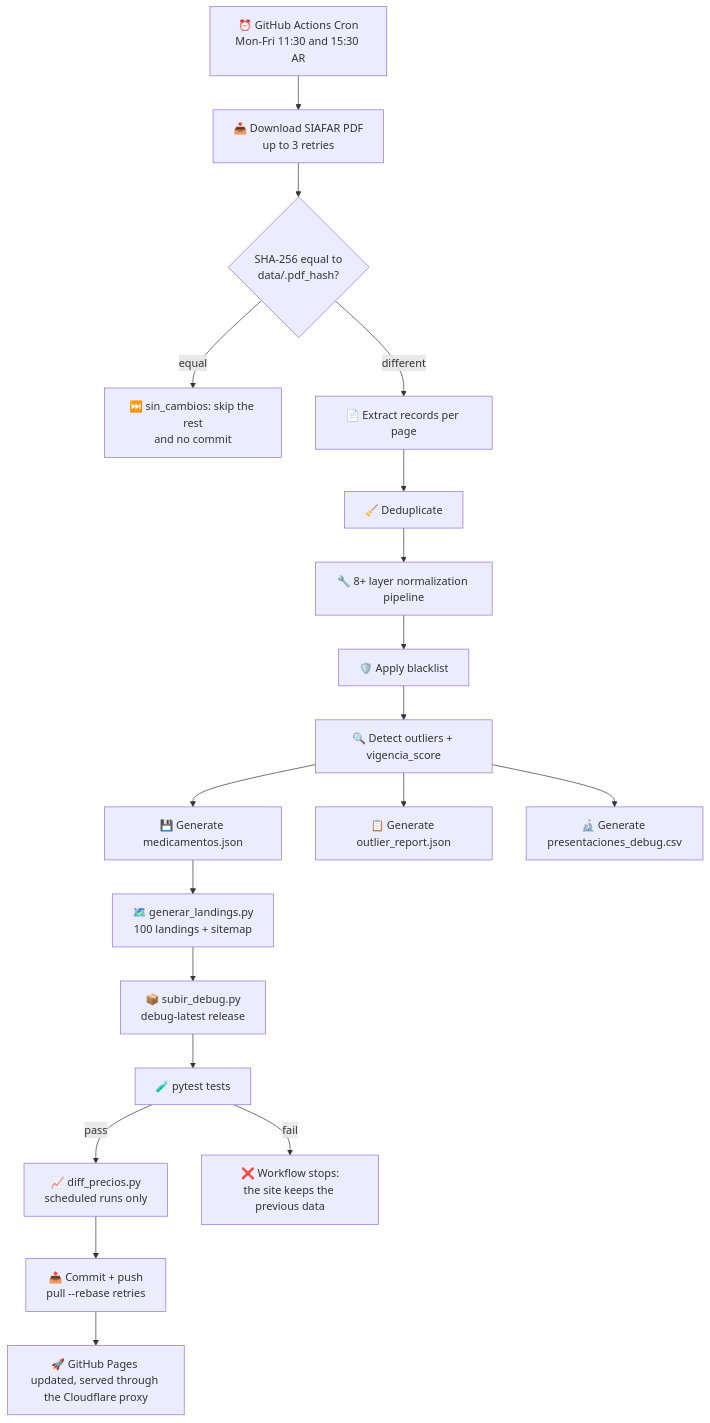
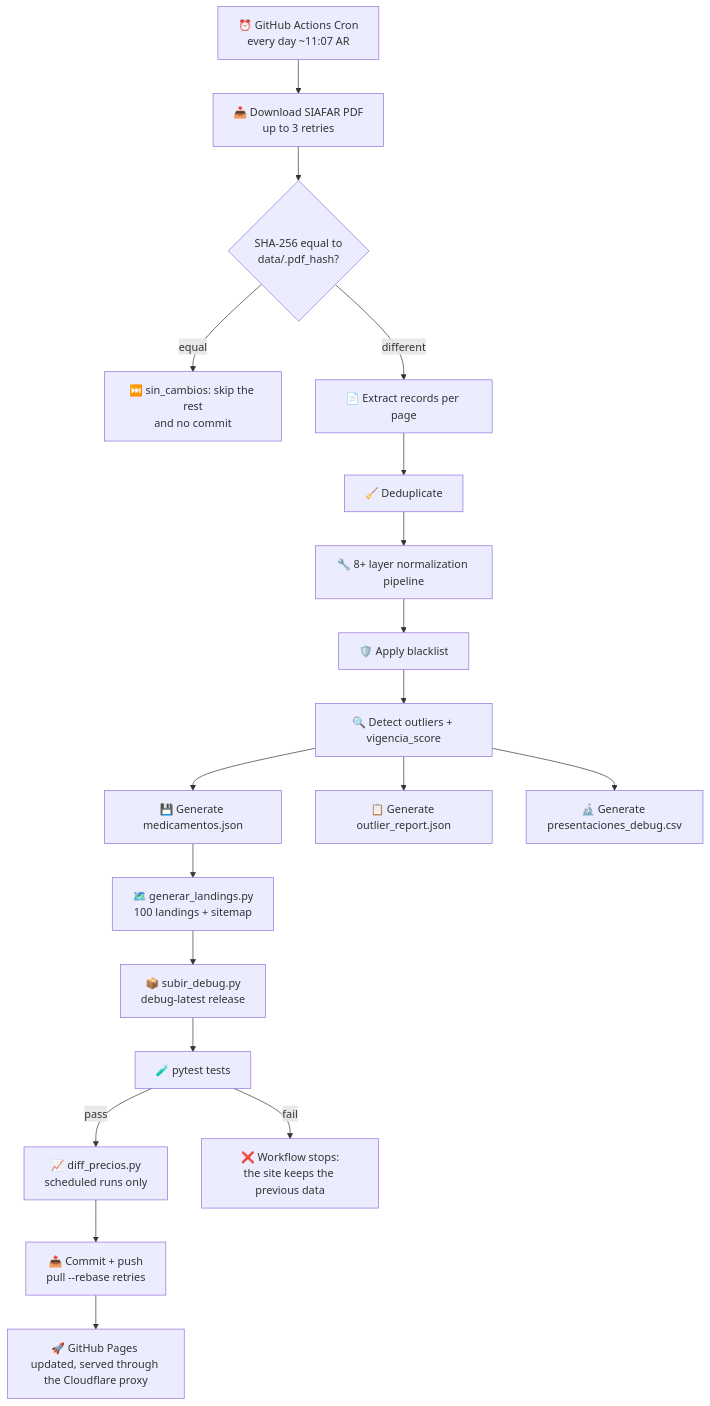
Before and after one commit to psbella/remediar: the second of 9 diagrams in README.en.md, drawn with Mermaid. The commit also changed other lines of this file and 110 other files, not shown here.

````diff
--- a/README.en.md
+++ b/README.en.md
@@ -303,34 +303,34 @@
 ```mermaid
 flowchart TD
 
-    A[⏰ GitHub Actions Cron<br/>Mon-Fri 11:30 and 15:30 AR]
+    A[⏰ GitHub Actions Cron<br/>every day ~11:07 AR]
     B[📥 Download SIAFAR PDF<br/>up to 3 retries]
     HS{SHA-256 equal to<br/>data/.pdf_hash?}
     SK[⏭️ sin_cambios: skip the rest<br/>and no commit]
     C[📄 Extract records per page]
     DD[🧹 Deduplicate]
     N1[🔧 8+ layer normalization pipeline]
     BL[🛡️ Apply blacklist]
     E[🔍 Detect outliers + vigencia_score]
     F[💾 Generate medicamentos.json]
     R[📋 Generate outlier_report.json]
     CSV[🔬 Generate presentaciones_debug.csv]
     L[🗺️ generar_landings.py<br/>100 landings + sitemap]
     DBG[📦 subir_debug.py<br/>debug-latest release]
     T[🧪 pytest tests]
     DF[📈 diff_precios.py<br/>scheduled runs only]
     H[📤 Commit + push<br/>pull --rebase retries]
     I[🚀 GitHub Pages updated, served through the Cloudflare proxy]
 
     A --> B --> HS
     HS -- equal --> SK
     HS -- different --> C
     C --> DD --> N1 --> BL --> E
     E --> F
     E --> R
     E --> CSV
     F --> L --> DBG --> T
     T -- fail --> X[❌ Workflow stops:<br/>the site keeps the previous data]
     T -- pass --> DF --> H
     H --> I
 ```
````
